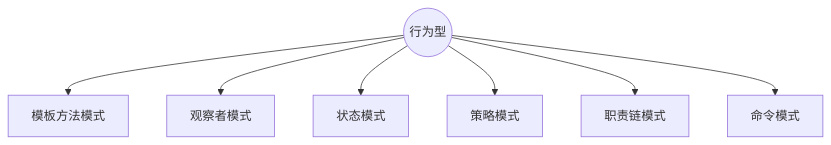
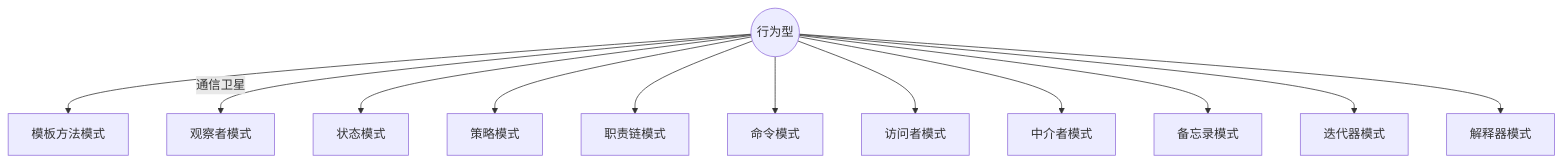
Before and after one commit to kangduu/Javascript-Design-Pattern: the third of 5 diagrams in README.md, drawn with Mermaid. The commit also changed other lines of this file, not shown here.

Commit message:
design pattern

````diff
--- a/README.md
+++ b/README.md
@@ -30,10 +31,15 @@
 ```mermaid
 graph TB
 C((行为型))
 	C --> c1[模板方法模式]
-	C --> c2[观察者模式]
+	C -- 通信卫星 --> c2[观察者模式]
 	C --> c3[状态模式]
 	C --> c4[策略模式]
 	C --> c5[职责链模式]
 	C --> c6[命令模式]
+	C --> c7[访问者模式]
+	C --> c8[中介者模式]
+	C --> c9[备忘录模式]
+	C --> c10[迭代器模式]
+	C --> c11[解释器模式]
 ```
````
